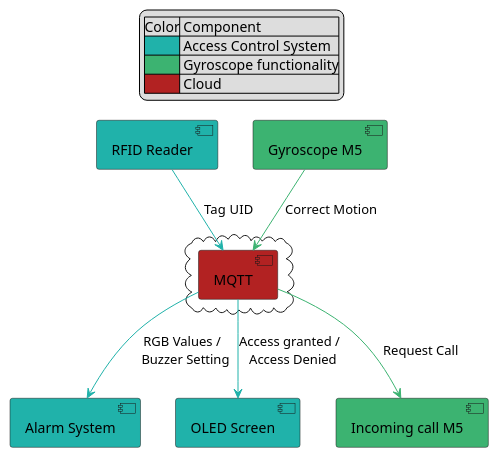
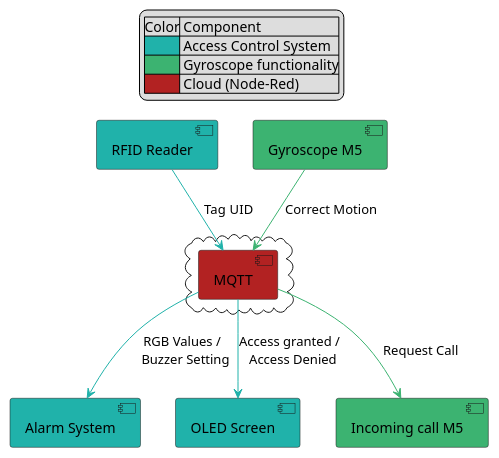
Before and after one commit to Finn-Land/IoTCourseMP: the diagram in Finn/IoTDiagram.wsd, drawn with PlantUML. The commit also changed 5 other files, not shown here.

```diff
--- a/Finn/IoTDiagram.wsd
+++ b/Finn/IoTDiagram.wsd
@@ -1,25 +1,25 @@
 @startuml
 
 legend Top
     |Color| Component |
     |<#LightSeaGreen>| Access Control System|
     |<#MediumSeaGreen>| Gyroscope functionality|
-    |<#FireBrick>| Cloud|
+    |<#FireBrick>| Cloud (Node-Red)|
 endlegend
 
 [RFID Reader] #LightSeaGreen
 [Alarm System] #LightSeaGreen
 [OLED Screen] #LightSeaGreen
 [Gyroscope M5] #MediumSeaGreen
 [Incoming call M5] #MediumSeaGreen
 cloud {
     [MQTT] #FireBrick
 }
 
 [RFID Reader] -[#LightSeaGreen]-> [MQTT] : Tag UID
 [MQTT] -[#LightSeaGreen]-> [OLED Screen] : Access granted / \n Access Denied
 [MQTT] -[#LightSeaGreen]-> [Alarm System] : RGB Values / \n Buzzer Setting
 [Gyroscope M5] -[#MediumSeaGreen]-> [MQTT] : Correct Motion
 [MQTT] -[#MediumSeaGreen]-> [Incoming call M5] : Request Call
 
 @enduml
```
